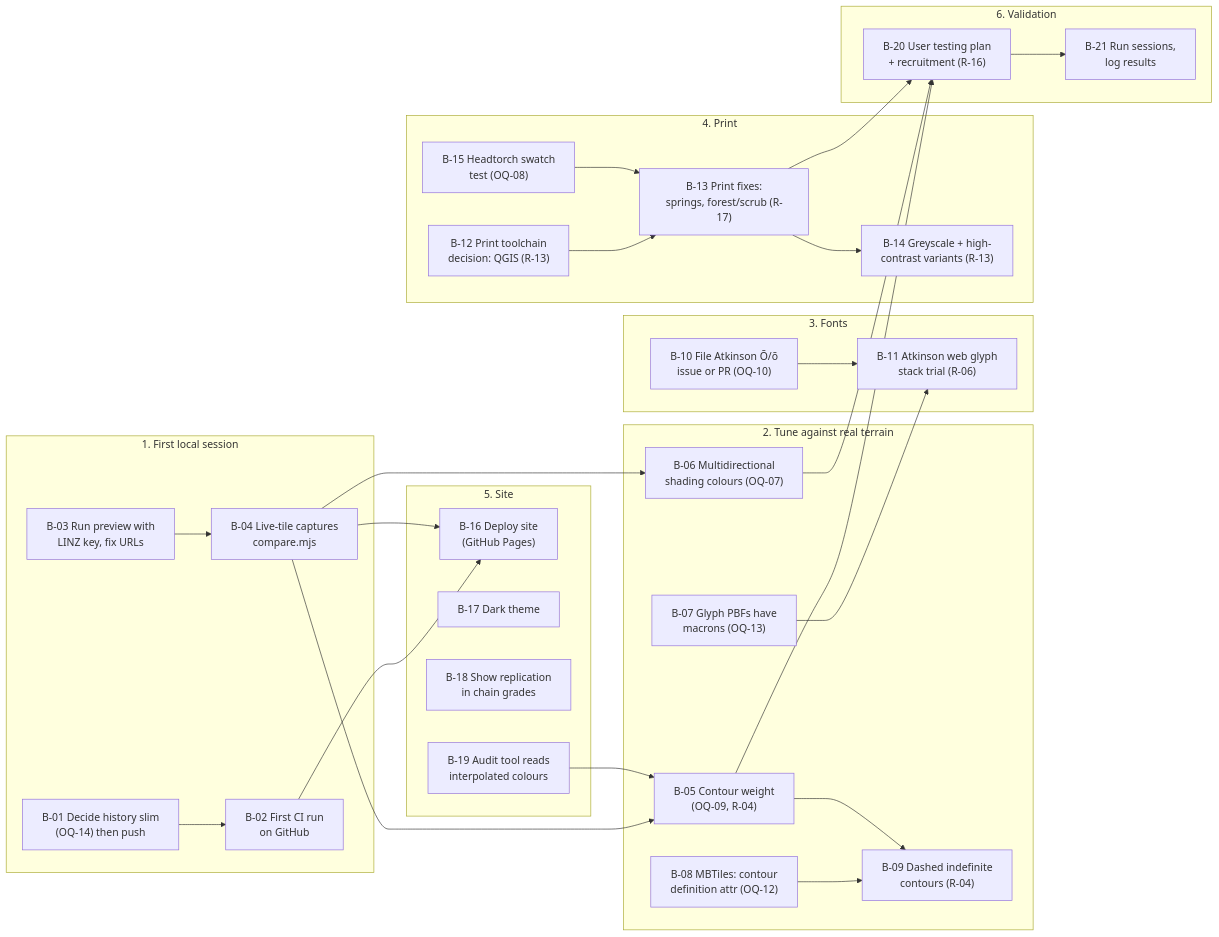
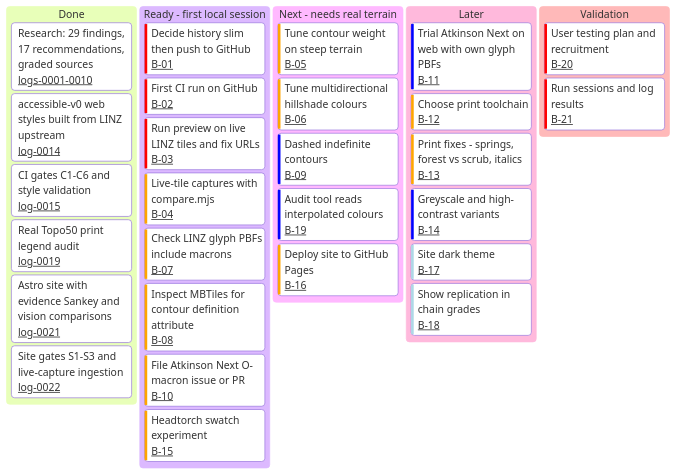
One commit to joshmcarthur/nz-accessible-topo changed the diagram in BACKLOG.md. Above: the diagram before and after it, drawn with Mermaid. The commit also changed other lines of this file, not shown here.

Commit message:
docs: backlog as mermaid kanban board; priority and dependencies as table columns

````diff
--- a/BACKLOG.md
+++ b/BACKLOG.md
@@ -9,48 +10,40 @@
 ```mermaid
-flowchart LR
-  subgraph now["1. First local session"]
-    B01["B-01 Decide history slim<br/>(OQ-14) then push"]
-    B02["B-02 First CI run<br/>on GitHub"]
-    B03["B-03 Run preview with<br/>LINZ key, fix URLs"]
-    B04["B-04 Live-tile captures<br/>compare.mjs"]
-  end
-  subgraph tune["2. Tune against real terrain"]
-    B05["B-05 Contour weight<br/>(OQ-09, R-04)"]
-    B06["B-06 Multidirectional<br/>shading colours (OQ-07)"]
-    B07["B-07 Glyph PBFs have<br/>macrons (OQ-13)"]
-    B08["B-08 MBTiles: contour<br/>definition attr (OQ-12)"]
-    B09["B-09 Dashed indefinite<br/>contours (R-04)"]
-  end
-  subgraph fonts["3. Fonts"]
-    B10["B-10 File Atkinson Ō/ō<br/>issue or PR (OQ-10)"]
-    B11["B-11 Atkinson web glyph<br/>stack trial (R-06)"]
-  end
-  subgraph print["4. Print"]
-    B12["B-12 Print toolchain<br/>decision: QGIS (R-13)"]
-    B13["B-13 Print fixes:<br/>springs, forest/scrub (R-17)"]
-    B14["B-14 Greyscale + high-<br/>contrast variants (R-13)"]
-    B15["B-15 Headtorch swatch<br/>test (OQ-08)"]
-  end
-  subgraph site["5. Site"]
-    B16["B-16 Deploy site<br/>(GitHub Pages)"]
-    B17["B-17 Dark theme"]
-    B18["B-18 Show replication<br/>in chain grades"]
-    B19["B-19 Audit tool reads<br/>interpolated colours"]
-  end
-  subgraph users["6. Validation"]
-    B20["B-20 User testing plan<br/>+ recruitment (R-16)"]
-    B21["B-21 Run sessions,<br/>log results"]
-  end
-
-  B01 --> B02 --> B16
-  B03 --> B04 --> B05 & B06
-  B04 --> B16
-  B08 --> B09
-  B05 --> B09
-  B07 --> B11
-  B10 --> B11
-  B12 --> B13 --> B14
-  B15 --> B13
-  B05 & B06 & B13 --> B20 --> B21
-  B19 --> B05
+---
+config:
+  kanban:
+    ticketBaseUrl: '#'
+---
+kanban
+  done[Done]
+    d1[Research: 29 findings, 17 recommendations, graded sources]@{ ticket: logs-0001-0010 }
+    d2[accessible-v0 web styles built from LINZ upstream]@{ ticket: log-0014 }
+    d3[CI gates C1-C6 and style validation]@{ ticket: log-0015 }
+    d4[Real Topo50 print legend audit]@{ ticket: log-0019 }
+    d5[Astro site with evidence Sankey and vision comparisons]@{ ticket: log-0021 }
+    d6[Site gates S1-S3 and live-capture ingestion]@{ ticket: log-0022 }
+  ready[Ready - first local session]
+    b01[Decide history slim then push to GitHub]@{ ticket: B-01, priority: 'Very High' }
+    b02[First CI run on GitHub]@{ ticket: B-02, priority: 'Very High' }
+    b03[Run preview on live LINZ tiles and fix URLs]@{ ticket: B-03, priority: 'Very High' }
+    b04[Live-tile captures with compare.mjs]@{ ticket: B-04, priority: 'High' }
+    b07[Check LINZ glyph PBFs include macrons]@{ ticket: B-07, priority: 'High' }
+    b08[Inspect MBTiles for contour definition attribute]@{ ticket: B-08, priority: 'High' }
+    b10[File Atkinson Next O-macron issue or PR]@{ ticket: B-10, priority: 'High' }
+    b15[Headtorch swatch experiment]@{ ticket: B-15, priority: 'High' }
+  next[Next - needs real terrain]
+    b05[Tune contour weight on steep terrain]@{ ticket: B-05, priority: 'High' }
+    b06[Tune multidirectional hillshade colours]@{ ticket: B-06, priority: 'High' }
+    b09[Dashed indefinite contours]@{ ticket: B-09, priority: 'Low' }
+    b19[Audit tool reads interpolated colours]@{ ticket: B-19, priority: 'Low' }
+    b16[Deploy site to GitHub Pages]@{ ticket: B-16, priority: 'High' }
+  later[Later]
+    b11[Trial Atkinson Next on web with own glyph PBFs]@{ ticket: B-11, priority: 'Low' }
+    b12[Choose print toolchain]@{ ticket: B-12, priority: 'High' }
+    b13[Print fixes - springs, forest vs scrub, italics]@{ ticket: B-13, priority: 'High' }
+    b14[Greyscale and high-contrast variants]@{ ticket: B-14, priority: 'Low' }
+    b17[Site dark theme]@{ ticket: B-17, priority: 'Very Low' }
+    b18[Show replication in chain grades]@{ ticket: B-18, priority: 'Very Low' }
+  validate[Validation]
+    b20[User testing plan and recruitment]@{ ticket: B-20, priority: 'Very High' }
+    b21[Run sessions and log results]@{ ticket: B-21, priority: 'Very High' }
 ```
````
